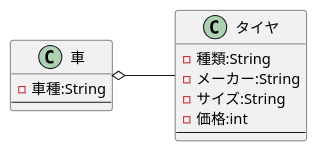
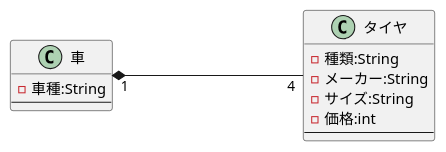
One commit to milky326/uml-introduction changed the diagram in 第三章/【提出ファイル】演習3-4_クラス図.pu. Above: the diagram before and after it, drawn with PlantUML. The commit also changed 1 other file, not shown here.

```diff
--- a/第三章/【提出ファイル】演習3-4_クラス図.pu
+++ b/第三章/【提出ファイル】演習3-4_クラス図.pu
@@ -1,15 +1,15 @@
 @startuml 演習3-4
     left to right direction
     class 車{
     - 車種:String
     ---
     }
     class タイヤ{
     - 種類:String
     - メーカー:String
     - サイズ:String
     - 価格:int
     ---
     }
-    車 o-- タイヤ
+    車 "1"*----"4" タイヤ
 @enduml
```
